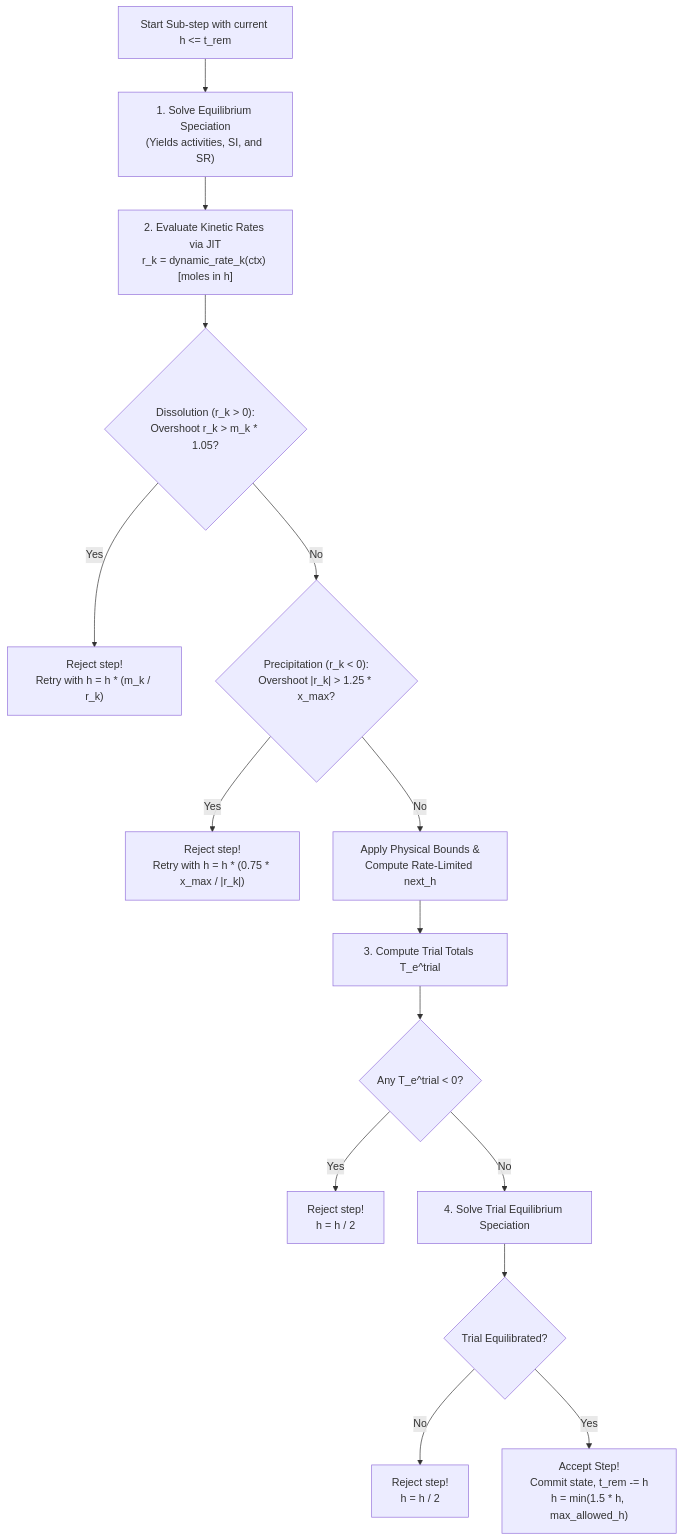
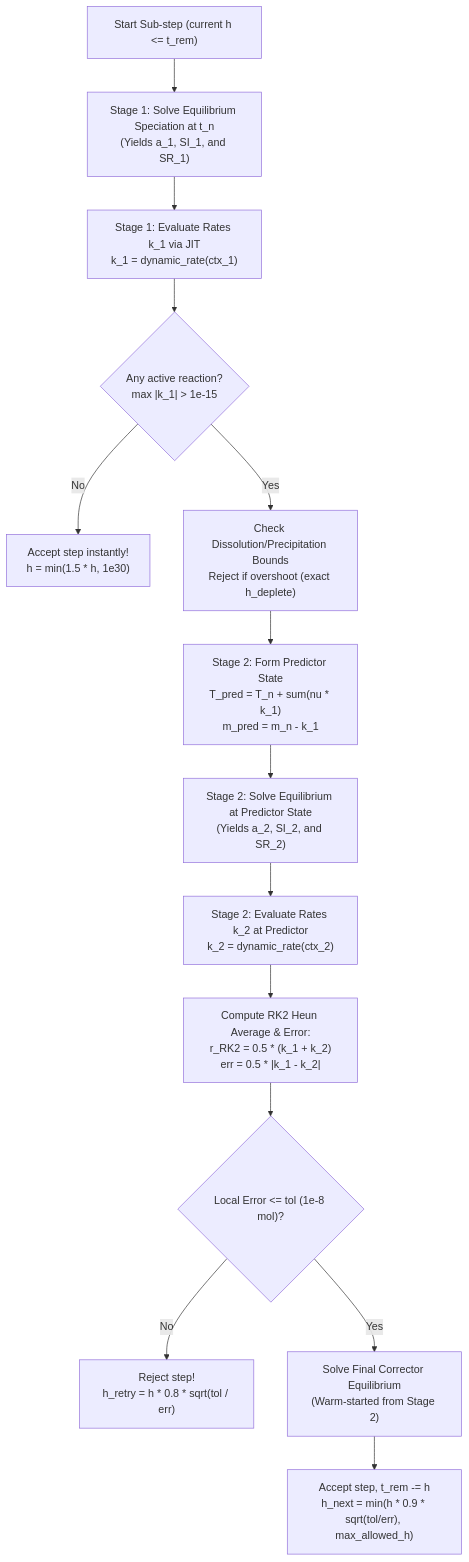
One commit to sobc/litephreeqc-MP changed the third of 3 diagrams in docs/numerical_methods.md. Above: the diagram before and after it, drawn with Mermaid. The commit also changed other lines of this file and 2 other files, not shown here.

First line of the commit message:
feat(solver): implement 2nd-order Runge-Kutta (Heun) kinetics integrator

````diff
--- a/docs/numerical_methods.md
+++ b/docs/numerical_methods.md
@@ -138,17 +138,16 @@
 ```mermaid
 flowchart TD
-    Start["Start Sub-step with current h <= t_rem"] --> Eq1["1. Solve Equilibrium Speciation<br/>(Yields activities, SI, and SR)"]
-    Eq1 --> Rate["2. Evaluate Kinetic Rates via JIT<br/>r_k = dynamic_rate_k(ctx) [moles in h]"]
-    Rate --> CheckDiss{"Dissolution (r_k > 0):<br/>Overshoot r_k > m_k * 1.05?"}
-    CheckDiss -- Yes --> RejDiss["Reject step!<br/>Retry with h = h * (m_k / r_k)"]
-    CheckDiss -- No --> CheckPrec{"Precipitation (r_k < 0):<br/>Overshoot |r_k| > 1.25 * x_max?"}
-    CheckPrec -- Yes --> RejPrec["Reject step!<br/>Retry with h = h * (0.75 * x_max / |r_k|)"]
-    CheckPrec -- No --> Bounds["Apply Physical Bounds &<br/>Compute Rate-Limited next_h"]
-    Bounds --> TrialTotals["3. Compute Trial Totals T_e^trial"]
-    TrialTotals --> NegCheck{"Any T_e^trial < 0?"}
-    NegCheck -- Yes --> RejNeg["Reject step!<br/>h = h / 2"]
-    NegCheck -- No --> Eq2["4. Solve Trial Equilibrium Speciation"]
-    Eq2 --> ConvCheck{"Trial Equilibrated?"}
-    ConvCheck -- No --> RejConv["Reject step!<br/>h = h / 2"]
-    ConvCheck -- Yes --> Accept["Accept Step!<br/>Commit state, t_rem -= h<br/>h = min(1.5 * h, max_allowed_h)"]
+    Start["Start Sub-step (current h <= t_rem)"] --> S1_Eq["Stage 1: Solve Equilibrium Speciation at t_n<br/>(Yields a_1, SI_1, and SR_1)"]
+    S1_Eq --> S1_Rate["Stage 1: Evaluate Rates k_1 via JIT<br/>k_1 = dynamic_rate(ctx_1)"]
+    S1_Rate --> ActiveCheck{"Any active reaction?<br/>max |k_1| > 1e-15"}
+    ActiveCheck -- No --> QuickAccept["Accept step instantly!<br/>h = min(1.5 * h, 1e30)"]
+    ActiveCheck -- Yes --> Bounds1["Check Dissolution/Precipitation Bounds<br/>Reject if overshoot (exact h_deplete)"]
+    Bounds1 --> S2_Pred["Stage 2: Form Predictor State<br/>T_pred = T_n + sum(nu * k_1)<br/>m_pred = m_n - k_1"]
+    S2_Pred --> S2_Eq["Stage 2: Solve Equilibrium at Predictor State<br/>(Yields a_2, SI_2, and SR_2)"]
+    S2_Eq --> S2_Rate["Stage 2: Evaluate Rates k_2 at Predictor<br/>k_2 = dynamic_rate(ctx_2)"]
+    S2_Rate --> RK_Comb["Compute RK2 Heun Average & Error:<br/>r_RK2 = 0.5 * (k_1 + k_2)<br/>err = 0.5 * |k_1 - k_2|"]
+    RK_Comb --> TolCheck{"Local Error <= tol (1e-8 mol)?"}
+    TolCheck -- No --> RejRK["Reject step!<br/>h_retry = h * 0.8 * sqrt(tol / err)"]
+    TolCheck -- Yes --> FinalSolve["Solve Final Corrector Equilibrium<br/>(Warm-started from Stage 2)"]
+    FinalSolve --> Commit["Accept step, t_rem -= h<br/>h_next = min(h * 0.9 * sqrt(tol/err), max_allowed_h)"]
 ```
````
